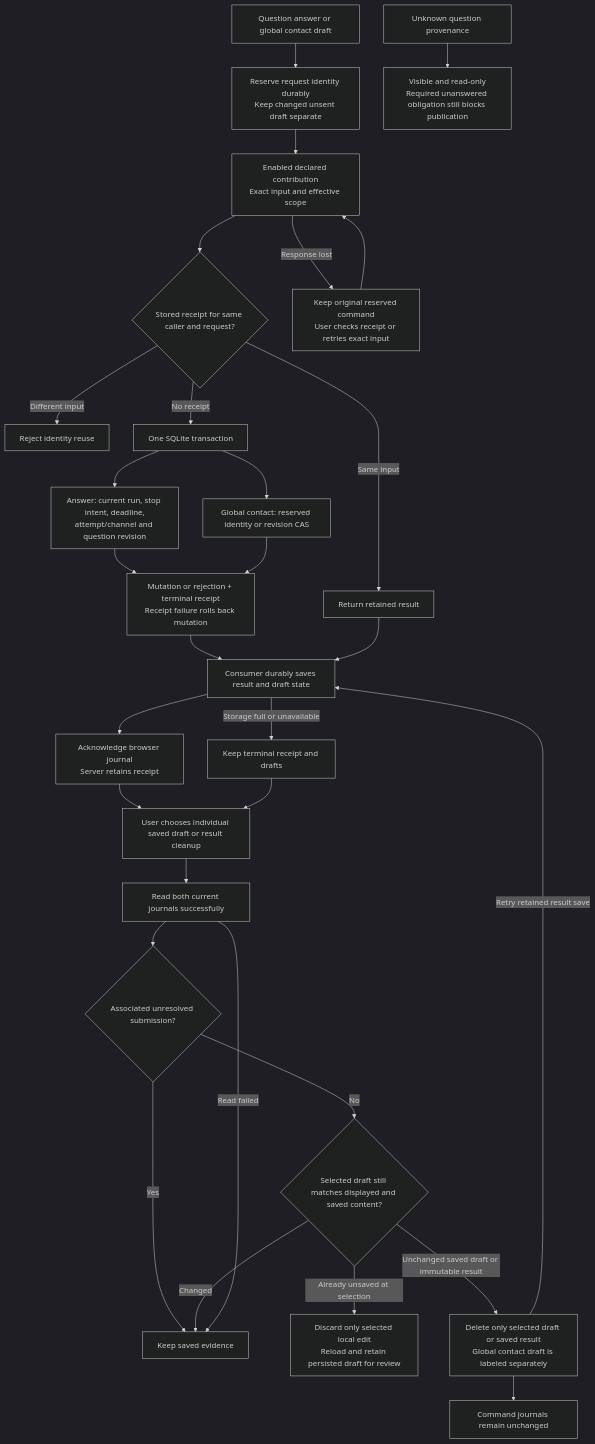
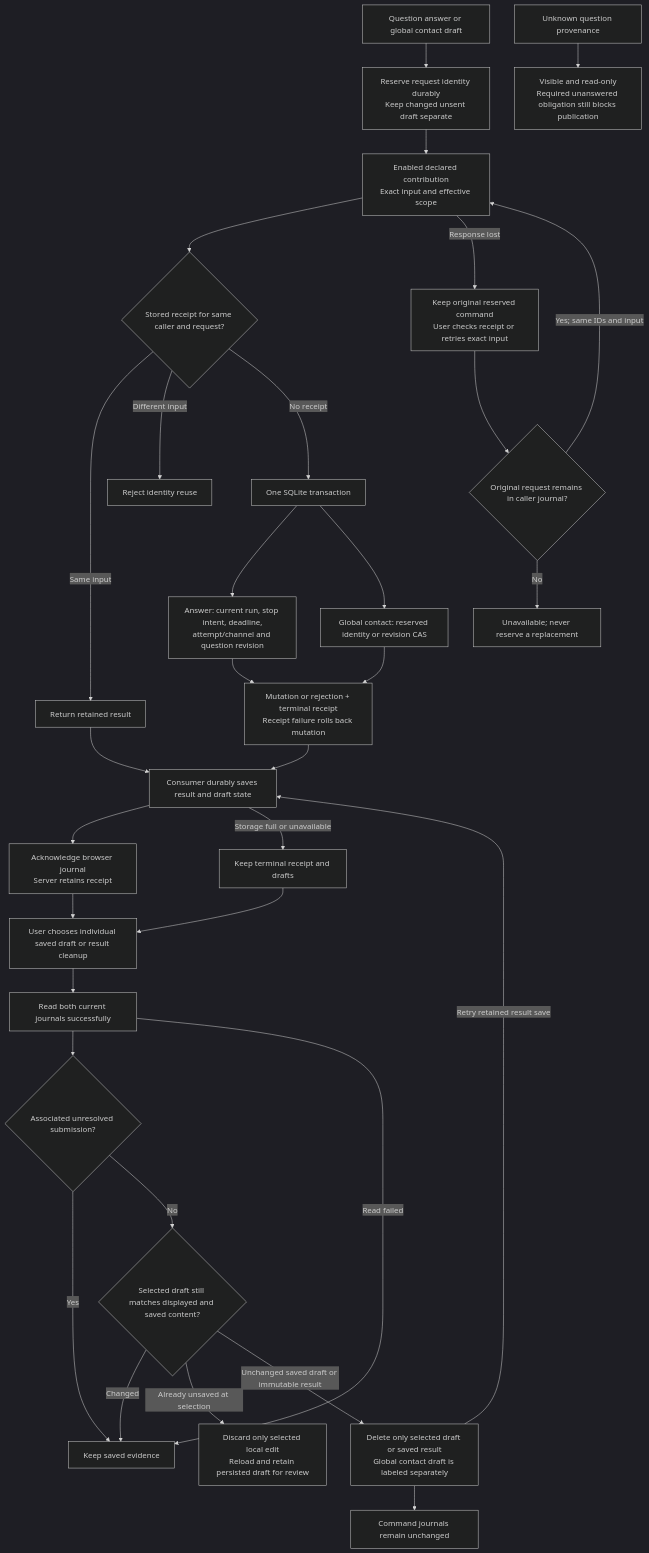
Before and after one commit to nloehlein-godaddy/helmsman: the fourth of 8 diagrams in docs/helmsman-process.md, drawn with Mermaid (dark theme). The commit also changed 21 other files, not shown here.

````diff
--- a/docs/helmsman-process.md
+++ b/docs/helmsman-process.md
@@ -89,32 +89,34 @@
 ```mermaid
 flowchart TD
     Draft[Question answer or global contact draft] --> Reserve[Reserve request identity durably<br/>Keep changed unsent draft separate]
     Reserve --> Submit[Enabled declared contribution<br/>Exact input and effective scope]
     Submit --> Prior{Stored receipt for same caller and request?}
     Prior -->|Same input| Replay[Return retained result]
     Prior -->|Different input| Conflict[Reject identity reuse]
     Prior -->|No receipt| Transaction[One SQLite transaction]
     Transaction --> Question[Answer: current run, stop intent, deadline,<br/>attempt/channel and question revision]
     Transaction --> Contact[Global contact: reserved identity or revision CAS]
     Question --> Result[Mutation or rejection + terminal receipt<br/>Receipt failure rolls back mutation]
     Contact --> Result
     Result --> Save[Consumer durably saves result and draft state]
     Replay --> Save
     Save --> Ack[Acknowledge browser journal<br/>Server retains receipt]
     Ack --> Cleanup[User chooses individual saved draft or result cleanup]
     Save -->|Storage full or unavailable| RetainResult[Keep terminal receipt and drafts]
     RetainResult --> Cleanup
     Cleanup --> ReadJournal[Read both current journals successfully]
     ReadJournal --> Protected{Associated unresolved submission?}
     Protected -->|Yes| Keep[Keep saved evidence]
     Protected -->|No| Unchanged{Selected draft still matches displayed and saved content?}
     Unchanged -->|Changed| Keep
     Unchanged -->|Already unsaved at selection| Local[Discard only selected local edit<br/>Reload and retain persisted draft for review]
     Unchanged -->|Unchanged saved draft or immutable result| Remove[Delete only selected draft or saved result<br/>Global contact draft is labeled separately]
     ReadJournal -->|Read failed| Keep
     Remove --> Journals[Command journals remain unchanged]
     Remove -->|Retry retained result save| Save
     Submit -->|Response lost| Pending[Keep original reserved command<br/>User checks receipt or retries exact input]
-    Pending --> Submit
+    Pending --> Retained{Original request remains in caller journal?}
+    Retained -->|Yes; same IDs and input| Submit
+    Retained -->|No| MissingRequest[Unavailable; never reserve a replacement]
     Legacy[Unknown question provenance] --> ReadOnly[Visible and read-only<br/>Required unanswered obligation still blocks publication]
 ```
````
